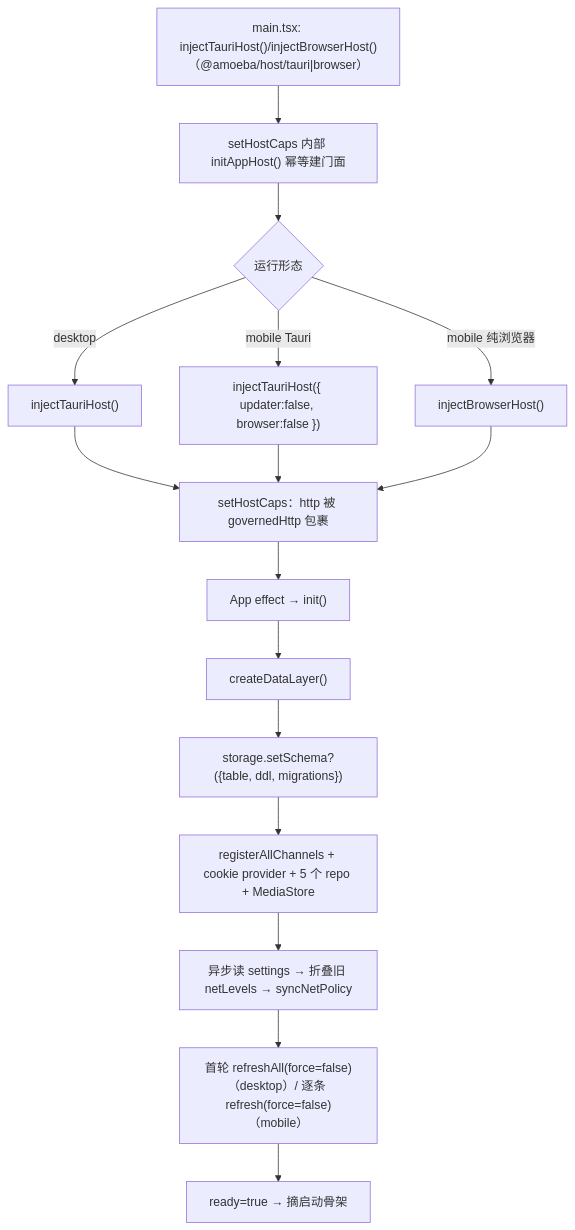
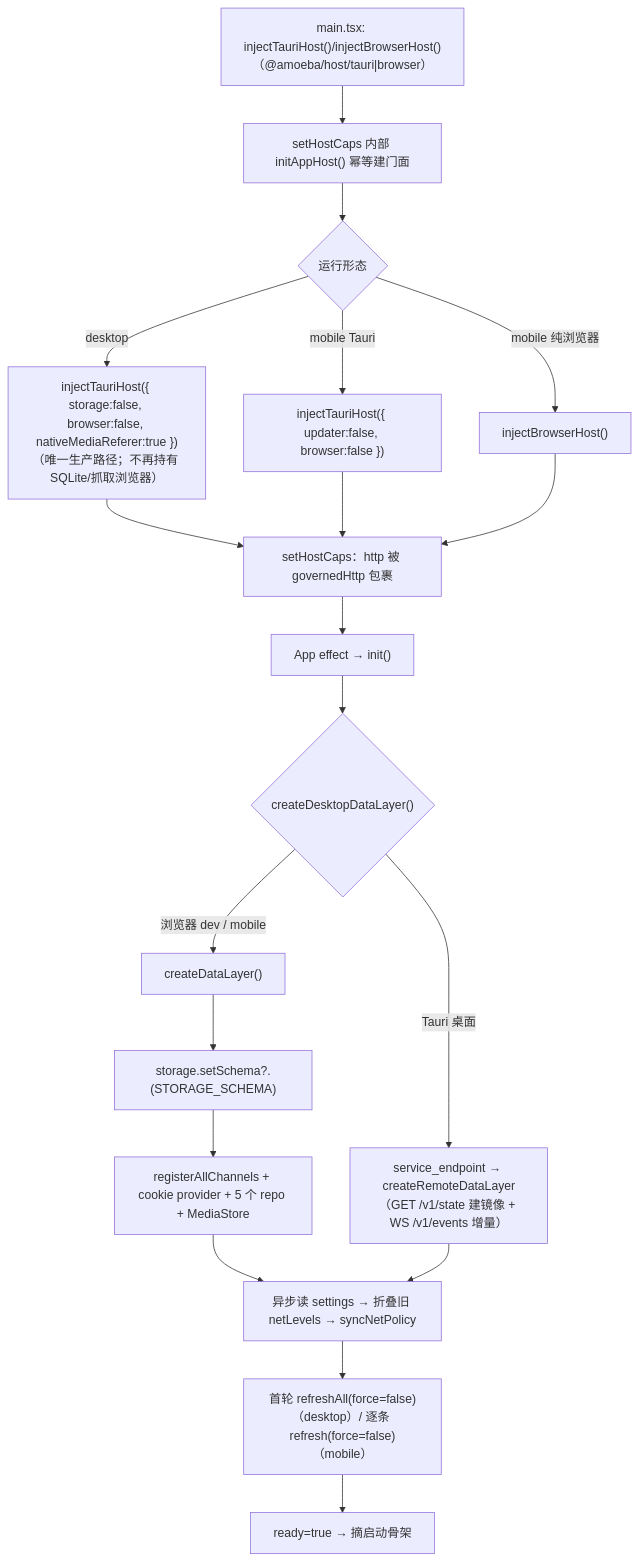
The first of 11 diagrams in docs/architecture/system/03-flows.md (sakiko999/tauri-rss), drawn with Mermaid before and after one commit. The commit also changed other lines of this file and 33 other files, not shown here.

````diff
--- a/docs/architecture/system/03-flows.md
+++ b/docs/architecture/system/03-flows.md
@@ -26,18 +27,21 @@
 ```mermaid
 flowchart TD
   A["main.tsx: injectTauriHost()/injectBrowserHost()<br/>（@amoeba/host/tauri|browser）"] --> B["setHostCaps 内部 initAppHost() 幂等建门面"]
   B --> C{"运行形态"}
-  C -->|desktop| D["injectTauriHost()"]
+  C -->|desktop| D["injectTauriHost({ storage:false, browser:false, nativeMediaReferer:true })<br/>（唯一生产路径；不再持有 SQLite/抓取浏览器）"]
   C -->|mobile Tauri| E["injectTauriHost({ updater:false, browser:false })"]
   C -->|mobile 纯浏览器| F["injectBrowserHost()"]
   D --> G["setHostCaps：http 被 governedHttp 包裹"]
   E --> G
   F --> G
   G --> H["App effect → init()"]
-  H --> I["createDataLayer()"]
-  I --> S["storage.setSchema?({table, ddl, migrations})"]
-  S --> J["registerAllChannels + cookie provider + 5 个 repo + MediaStore"]
+  H --> I{"createDesktopDataLayer()"}
+  I -->|Tauri 桌面| R["service_endpoint → createRemoteDataLayer<br/>（GET /v1/state 建镜像 + WS /v1/events 增量）"]
+  I -->|浏览器 dev / mobile| S["createDataLayer()"]
+  S --> S1["storage.setSchema?.(STORAGE_SCHEMA)"]
+  S1 --> J["registerAllChannels + cookie provider + 5 个 repo + MediaStore"]
   J --> K["异步读 settings → 折叠旧 netLevels → syncNetPolicy"]
+  R --> K
   K --> L["首轮 refreshAll(force=false)（desktop）/ 逐条 refresh(force=false)（mobile）"]
   L --> M["ready=true → 摘启动骨架"]
 ```
````
